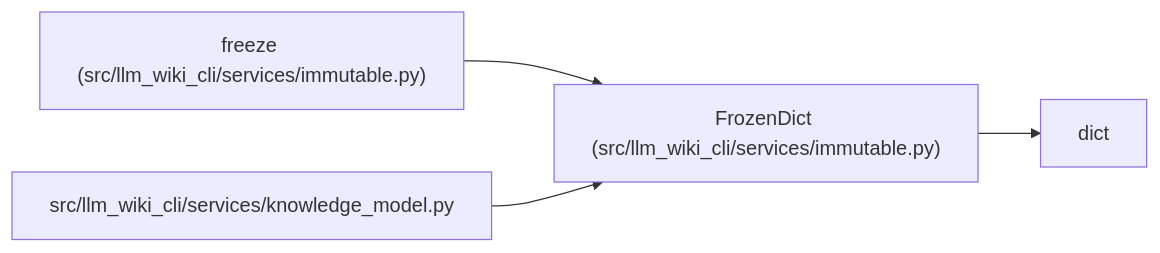
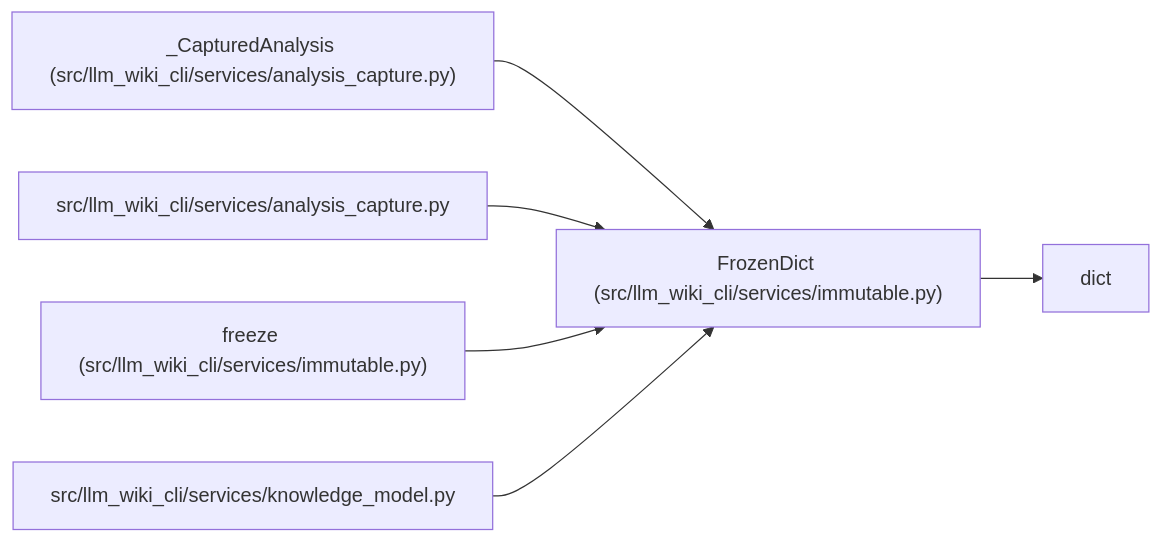
Before and after one commit to Denissvgn/python-wiki-llm: the diagram in docs/llm_wiki/entities/FrozenDict.md, drawn with Mermaid. The commit also changed other lines of this file and 727 other files, not shown here.

````diff
--- a/docs/llm_wiki/entities/FrozenDict.md
+++ b/docs/llm_wiki/entities/FrozenDict.md
@@ -25,13 +25,19 @@
 ```mermaid
 flowchart LR
     n0["FrozenDict (src/llm_wiki_cli/services/immutable.py)"]
     n1["dict"]
-    n2["freeze (src/llm_wiki_cli/services/immutable.py)"]
-    n3["src/llm_wiki_cli/services/knowledge_model.py"]
+    n2["_CapturedAnalysis (src/llm_wiki_cli/services/analysis_capture.py)"]
+    n3["src/llm_wiki_cli/services/analysis_capture.py"]
+    n4["freeze (src/llm_wiki_cli/services/immutable.py)"]
+    n5["src/llm_wiki_cli/services/knowledge_model.py"]
     n0 --> n1
     n2 --> n0
     n3 --> n0
+    n4 --> n0
+    n5 --> n0
     click n0 "../modules/immutable.md"
-    click n2 "../modules/immutable.md"
-    click n3 "../modules/knowledge_model.md"
+    click n2 "../modules/analysis_capture.md"
+    click n3 "../modules/analysis_capture.md"
+    click n4 "../modules/immutable.md"
+    click n5 "../modules/knowledge_model.md"
 ```
````
